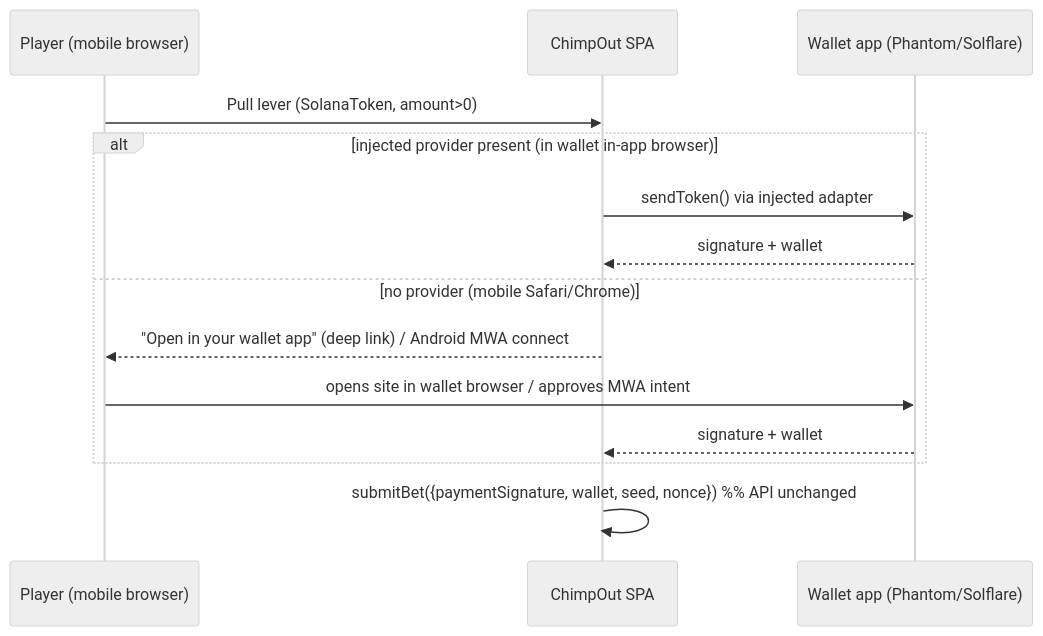
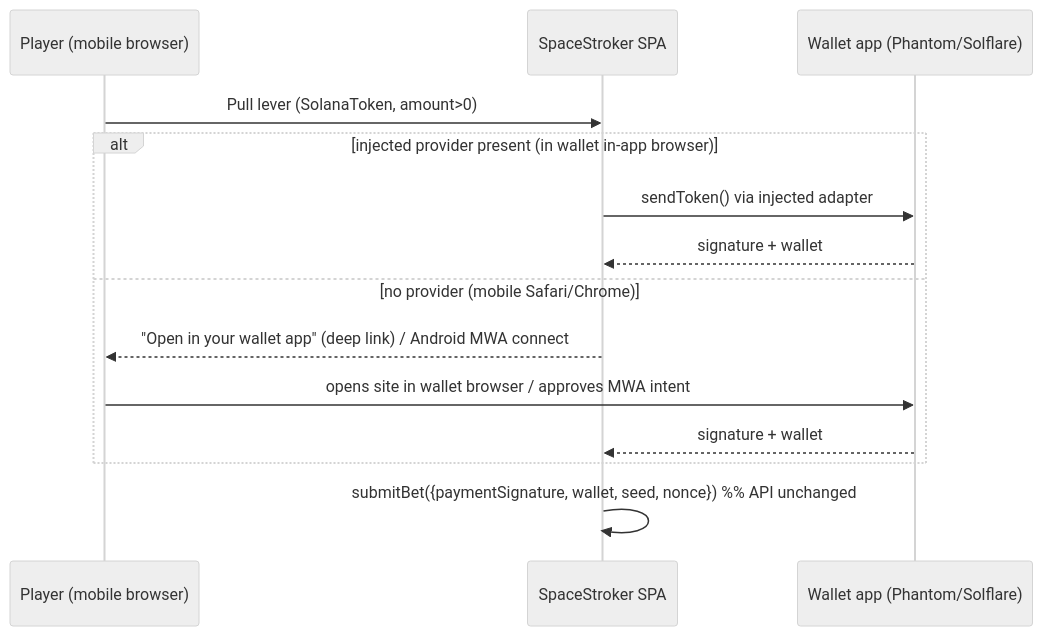
One commit to marcusruas/monkify-meta changed the second of 2 diagrams in specs/mobile-layout.md. Above: the diagram before and after it, drawn with Mermaid (neutral theme). The commit also changed other lines of this file and 99 other files, not shown here.

First line of the commit message:
Rename ChimpOut -> SpaceStroker across deploy + KB (#75).

````diff
--- a/specs/mobile-layout.md
+++ b/specs/mobile-layout.md
@@ -286,16 +286,16 @@
 ```mermaid
 sequenceDiagram
   participant U as Player (mobile browser)
-  participant App as ChimpOut SPA
+  participant App as SpaceStroker SPA
   participant W as Wallet app (Phantom/Solflare)
   U->>App: Pull lever (SolanaToken, amount>0)
   alt injected provider present (in wallet in-app browser)
     App->>W: sendToken() via injected adapter
     W-->>App: signature + wallet
   else no provider (mobile Safari/Chrome)
     App-->>U: "Open in your wallet app" (deep link) / Android MWA connect
     U->>W: opens site in wallet browser / approves MWA intent
     W-->>App: signature + wallet
   end
   App->>App: submitBet({paymentSignature, wallet, seed, nonce})  %% API unchanged
 ```
````
